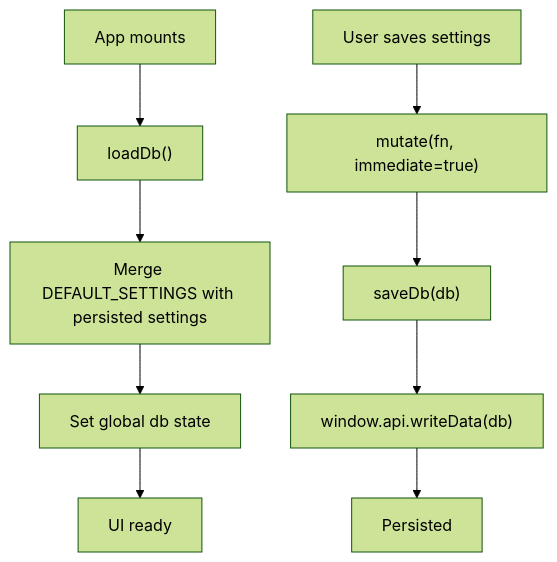
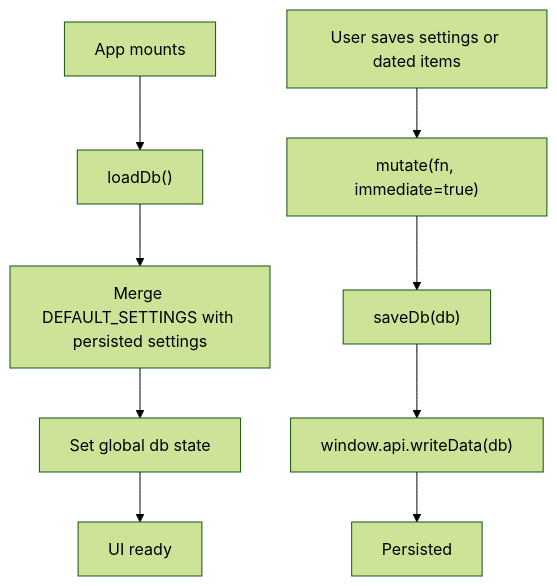
Before and after one commit to MdodoIng/salery-slip-generater: the seventh of 11 diagrams in .qoder/repowiki/en/content/UI Components/SettingsModal Component.md, drawn with Mermaid (forest theme). The commit also changed other lines of this file and 22 other files, not shown here.

````diff
--- a/.qoder/repowiki/en/content/UI Components/SettingsModal Component.md
+++ b/.qoder/repowiki/en/content/UI Components/SettingsModal Component.md
@@ -227,11 +339,11 @@
 ```mermaid
 flowchart TD
 LoadStart["App mounts"] --> LoadDb["loadDb()"]
 LoadDb --> MergeDefaults["Merge DEFAULT_SETTINGS with persisted settings"]
 MergeDefaults --> SetState["Set global db state"]
 SetState --> Ready["UI ready"]
-SaveFlow["User saves settings"] --> Mutate["mutate(fn, immediate=true)"]
+SaveFlow["User saves settings or dated items"] --> Mutate["mutate(fn, immediate=true)"]
 Mutate --> SaveDb["saveDb(db)"]
 SaveDb --> WriteApi["window.api.writeData(db)"]
 WriteApi --> Done["Persisted"]
 ```
````
